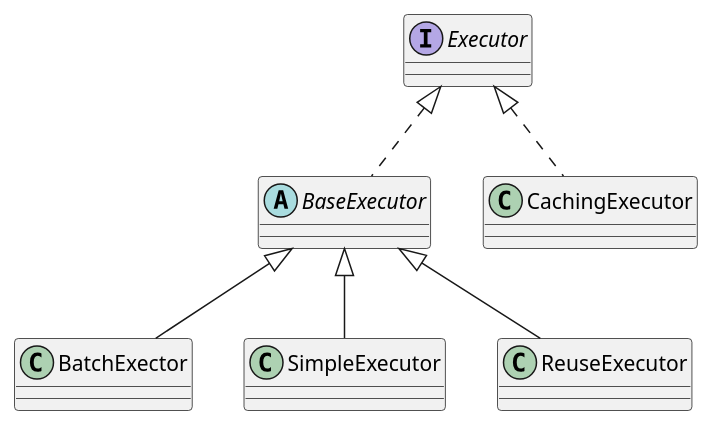
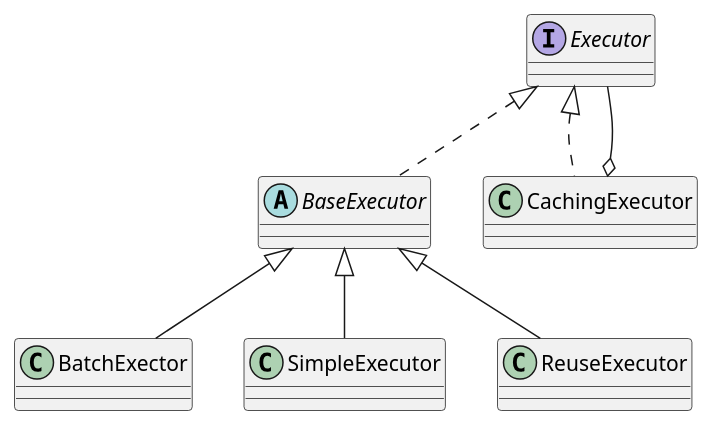
The second of 3 diagrams in 99-book/notes/20-framework/Mybatis技术内幕.md (onlyonion/development), drawn with PlantUML before and after one commit. The commit also changed other lines of this file and 1 other file, not shown here.

````diff
--- a/99-book/notes/20-framework/Mybatis技术内幕.md
+++ b/99-book/notes/20-framework/Mybatis技术内幕.md
@@ -223,15 +276,17 @@
 ```plantuml
 @startuml
 
 interface Executor
 abstract class BaseExecutor
 
 Executor ^.. CachingExecutor
 Executor ^.. BaseExecutor
 
+CachingExecutor o--Executor
+
 BaseExecutor ^-- BatchExector
 BaseExecutor ^-- SimpleExecutor
 BaseExecutor ^-- ReuseExecutor
 
 @enduml
 ```
````
